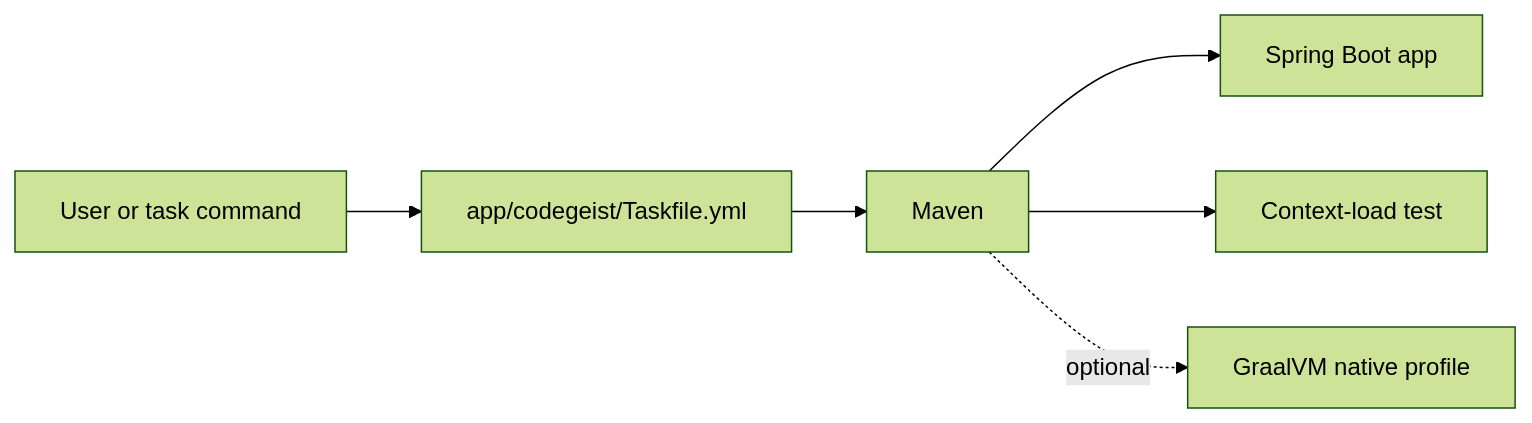
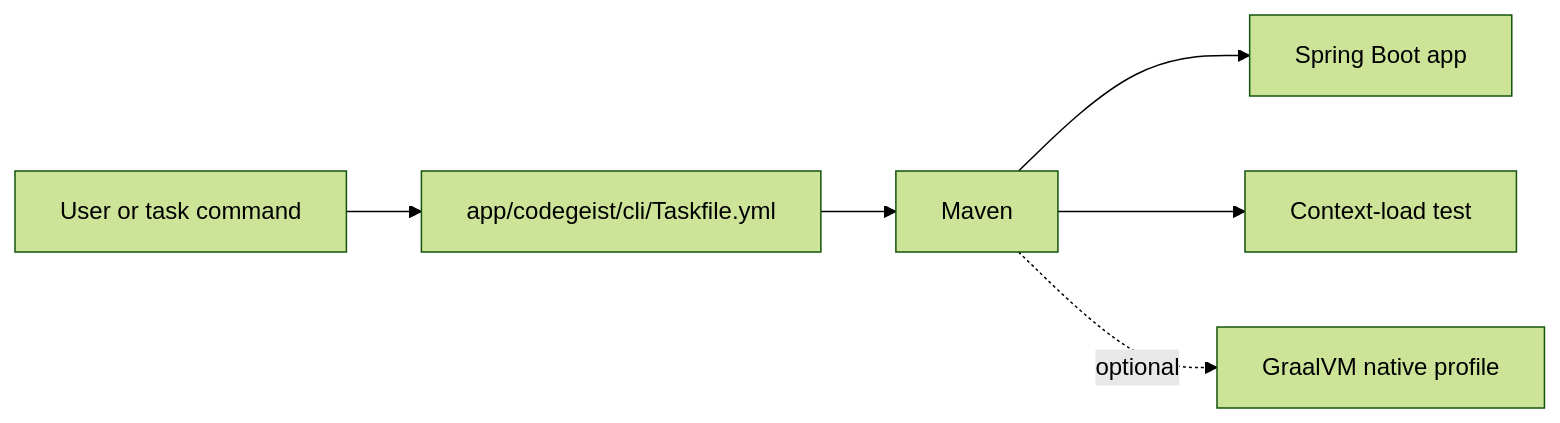
One commit to codegeist-ai/codegeist changed the second of 5 diagrams in docs/developer/architecture.md. Above: the diagram before and after it, drawn with Mermaid (forest theme). The commit also changed other lines of this file and 27 other files, not shown here.

First line of the commit message:
refactor(codegeist): move CLI bootstrap to cli layout

````diff
--- a/docs/developer/architecture.md
+++ b/docs/developer/architecture.md
@@ -83,15 +83,15 @@
 ```mermaid
 flowchart LR
     User[User or task command]
-    Taskfile[app/codegeist/Taskfile.yml]
+    Taskfile[app/codegeist/cli/Taskfile.yml]
     Maven[Maven]
     App[Spring Boot app]
     Test[Context-load test]
     Native[GraalVM native profile]
 
     User --> Taskfile
     Taskfile --> Maven
     Maven --> App
     Maven --> Test
     Maven -. optional .-> Native
 ```
````
